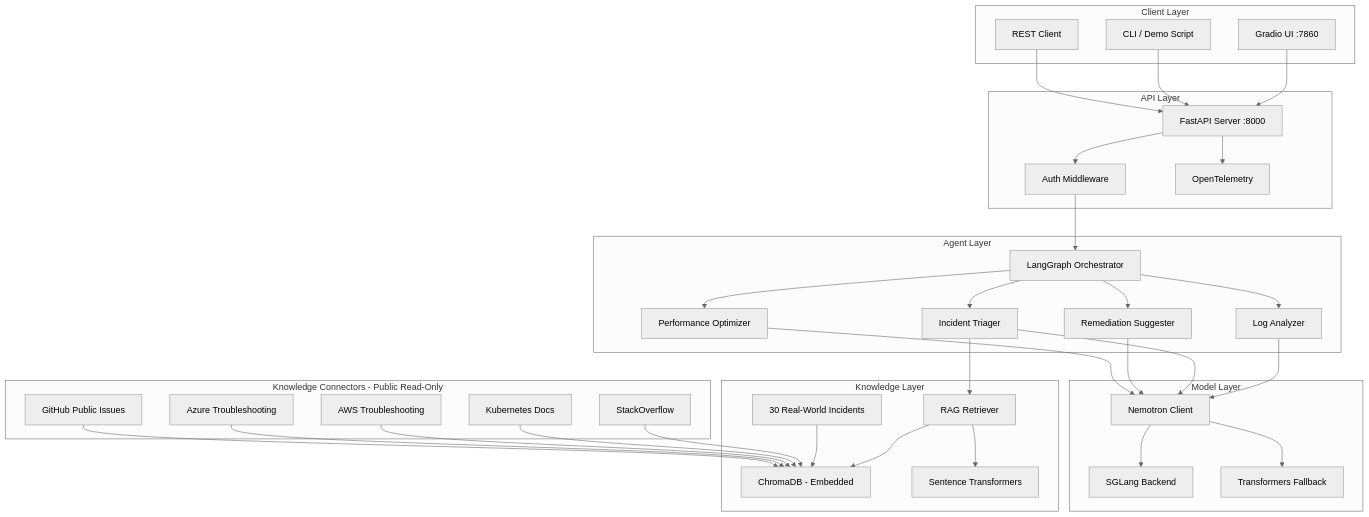
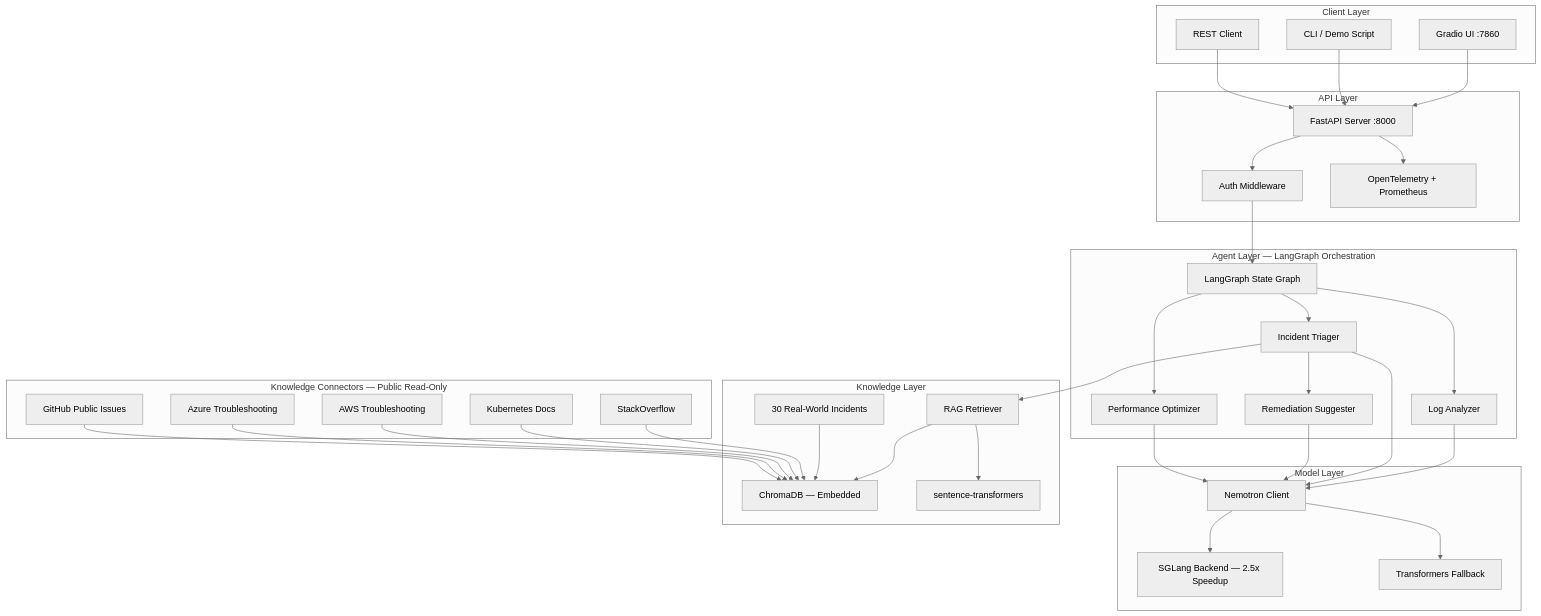
One commit to harsh543/nemotron-ops-commander changed the diagram in README.md. Above: the diagram before and after it, drawn with Mermaid (neutral theme). The commit also changed other lines of this file and 2 other files, not shown here.

````diff
--- a/README.md
+++ b/README.md
@@ -36,68 +40,68 @@
 ```mermaid
 graph TB
     subgraph "Client Layer"
         UI[Gradio UI :7860]
         CLI[CLI / Demo Script]
         REST[REST Client]
     end
 
     subgraph "API Layer"
         SERVER[FastAPI Server :8000]
         AUTH[Auth Middleware]
-        TELEM[OpenTelemetry]
+        TELEM[OpenTelemetry + Prometheus]
     end
 
-    subgraph "Agent Layer"
-        ORCH[LangGraph Orchestrator]
+    subgraph "Agent Layer — LangGraph Orchestration"
+        ORCH[LangGraph State Graph]
         LA[Log Analyzer]
         IT[Incident Triager]
         RS[Remediation Suggester]
         OPT[Performance Optimizer]
     end
 
     subgraph "Model Layer"
         NC[Nemotron Client]
-        SGL[SGLang Backend]
+        SGL[SGLang Backend — 2.5x Speedup]
         TF[Transformers Fallback]
     end
 
     subgraph "Knowledge Layer"
         RAG[RAG Retriever]
-        CHROMA[ChromaDB - Embedded]
-        EMB[Sentence Transformers]
+        CHROMA[ChromaDB — Embedded]
+        EMB[sentence-transformers]
         KB[30 Real-World Incidents]
     end
 
-    subgraph "Knowledge Connectors - Public Read-Only"
+    subgraph "Knowledge Connectors — Public Read-Only"
         SO[StackOverflow]
         K8S[Kubernetes Docs]
         AWS[AWS Troubleshooting]
         AZ[Azure Troubleshooting]
         GH[GitHub Public Issues]
     end
 
     UI --> SERVER
     CLI --> SERVER
     REST --> SERVER
     SERVER --> AUTH --> ORCH
     SERVER --> TELEM
     ORCH --> LA
     ORCH --> IT
-    ORCH --> RS
+    IT --> RS
     ORCH --> OPT
     LA --> NC
     IT --> NC
     RS --> NC
     OPT --> NC
     IT --> RAG
     NC --> SGL
     NC --> TF
     RAG --> CHROMA
     RAG --> EMB
     KB --> CHROMA
     SO --> CHROMA
     K8S --> CHROMA
     AWS --> CHROMA
     AZ --> CHROMA
     GH --> CHROMA
 ```
````
